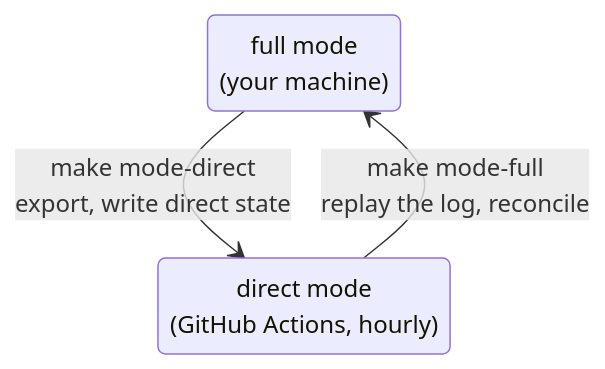
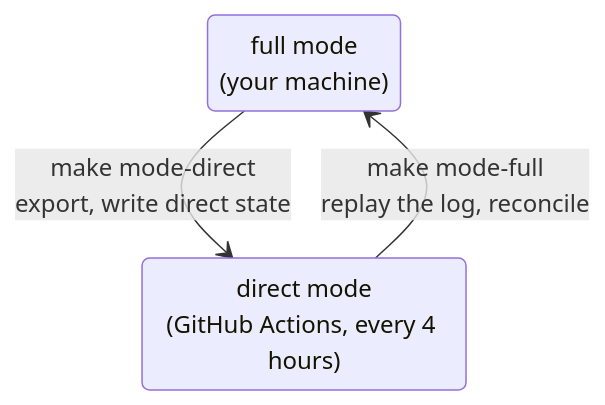
One commit to dienarvaez1/earth-hub changed the second of 2 diagrams in README.md. Above: the diagram before and after it, drawn with Mermaid. The commit also changed other lines of this file and 33 other files, not shown here.

First line of the commit message:
feat: /eh-reconcile for any range by day, month or year; direct rounds every 4 hours; DEF-066 and DEF-067 (open); DEF-064/065 fixed in #69 (#70)

````diff
--- a/README.md
+++ b/README.md
@@ -39,8 +39,8 @@
 ```mermaid
 stateDiagram-v2
     direction TB
     full: full mode<br/>(your machine)
-    direct: direct mode<br/>(GitHub Actions, hourly)
+    direct: direct mode<br/>(GitHub Actions, every 4 hours)
     full --> direct: make mode-direct<br/>export, write direct state
     direct --> full: make mode-full<br/>replay the log, reconcile
 ```
````
